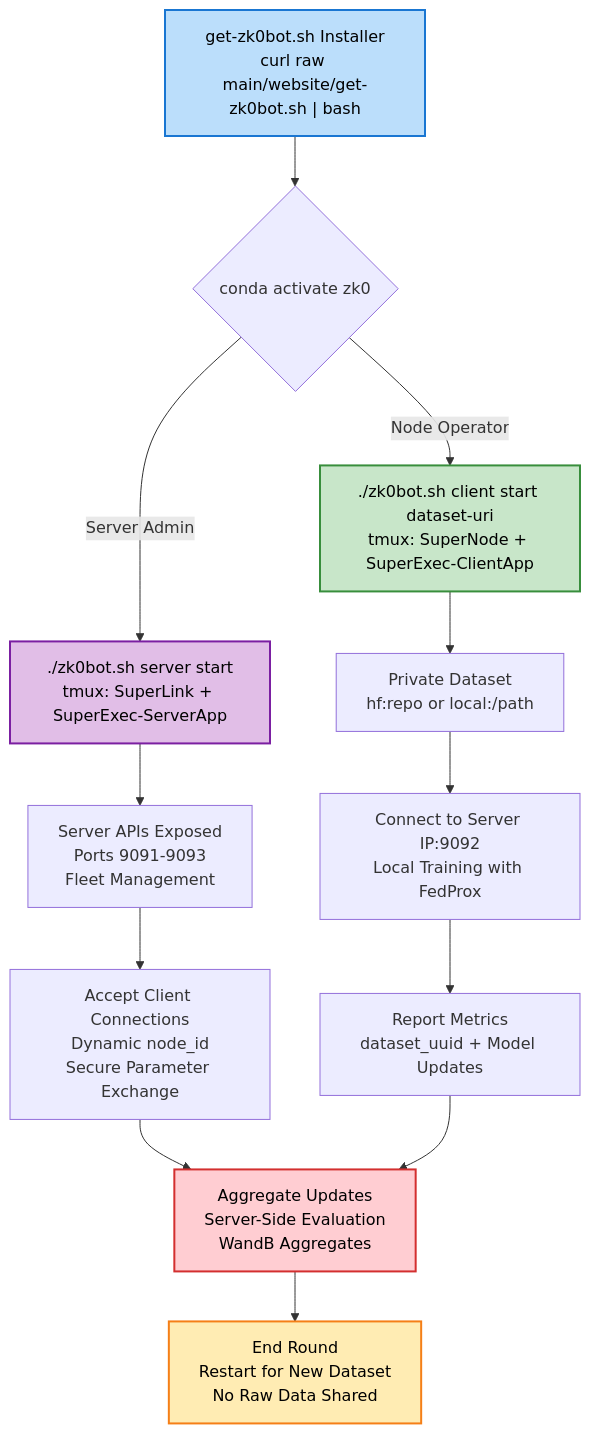
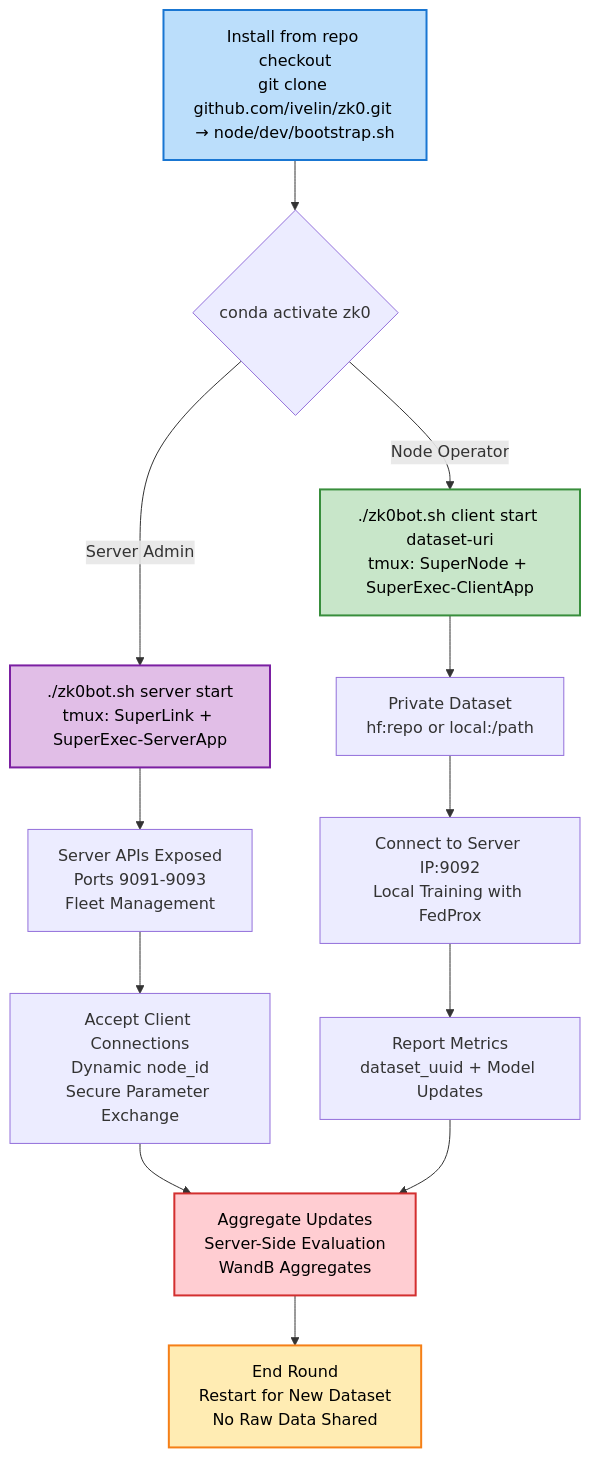
Before and after one commit to ivelin/zk0: the second of 2 diagrams in docs/ARCHITECTURE.md, drawn with Mermaid.

Commit message:
docs: fix ARCHITECTURE.md diagram install pointer (repo checkout, not the removed installer script)

````diff
--- a/docs/ARCHITECTURE.md
+++ b/docs/ARCHITECTURE.md
@@ -130,20 +130,20 @@
 ```mermaid
 graph TD
-    A["get-zk0bot.sh Installer<br/>curl raw main/website/get-zk0bot.sh | bash"] --> B{"conda activate zk0"}
+    A["Install from repo checkout<br/>git clone github.com/ivelin/zk0.git → node/dev/bootstrap.sh"] --> B{"conda activate zk0"}
     B -->|Server Admin| C["./zk0bot.sh server start<br/>tmux: SuperLink + SuperExec-ServerApp"]
     B -->|Node Operator| D["./zk0bot.sh client start dataset-uri<br/>tmux: SuperNode + SuperExec-ClientApp"]
     C --> E["Server APIs Exposed<br/>Ports 9091-9093<br/>Fleet Management"]
     D --> F["Private Dataset<br/>hf:repo or local:/path"]
     E --> G["Accept Client Connections<br/>Dynamic node_id<br/>Secure Parameter Exchange"]
     F --> H["Connect to Server IP:9092<br/>Local Training with FedProx"]
     H --> I["Report Metrics<br/>dataset_uuid + Model Updates"]
     G --> J["Aggregate Updates<br/>Server-Side Evaluation<br/>WandB Aggregates"]
     I --> J
     J --> K["End Round<br/>Restart for New Dataset<br/>No Raw Data Shared"]
 
     style A fill:#BBDEFB,stroke:#1976D2,stroke-width:2px,color:#000
     style C fill:#E1BEE7,stroke:#7B1FA2,stroke-width:2px,color:#000
     style D fill:#C8E6C9,stroke:#388E3C,stroke-width:2px,color:#000
     style J fill:#FFCDD2,stroke:#D32F2F,stroke-width:2px,color:#000
     style K fill:#FFECB3,stroke:#F57F17,stroke-width:2px,color:#000
 ```
````
